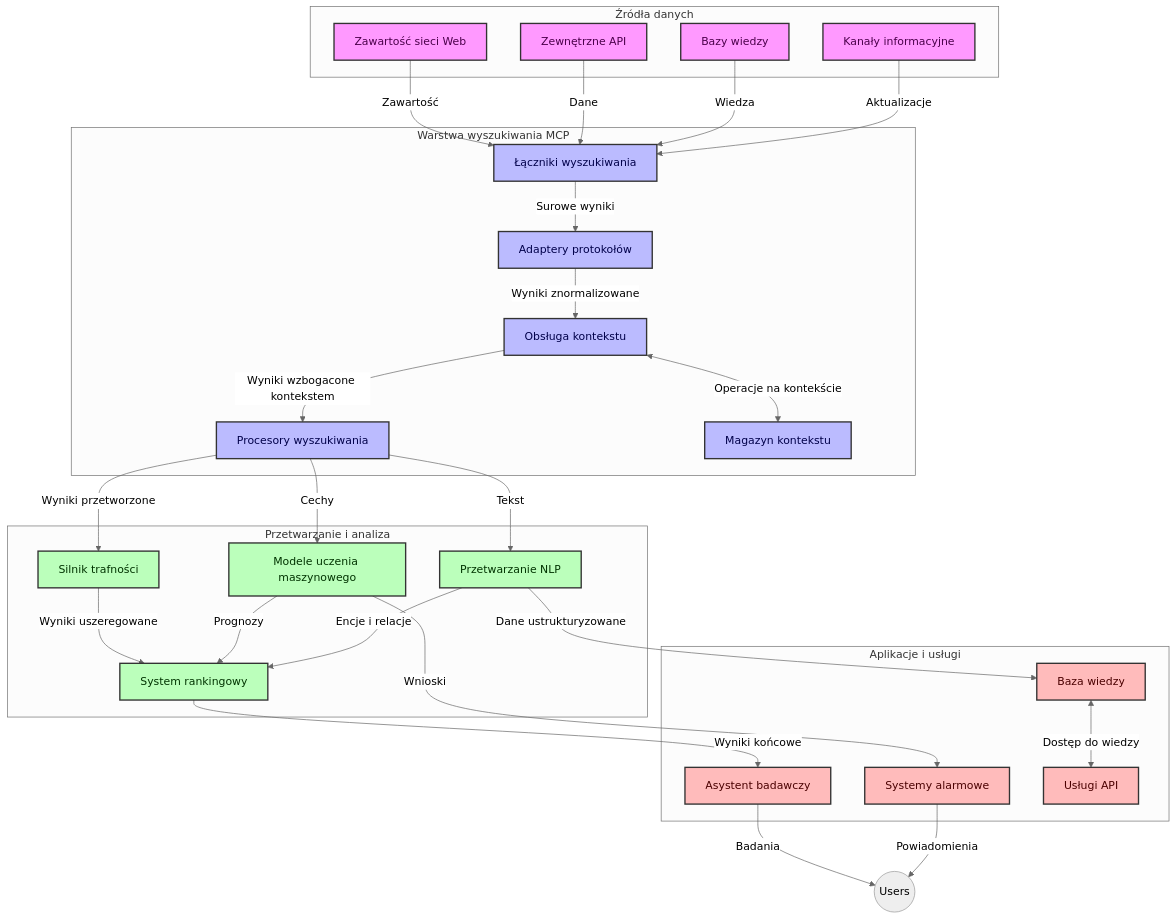
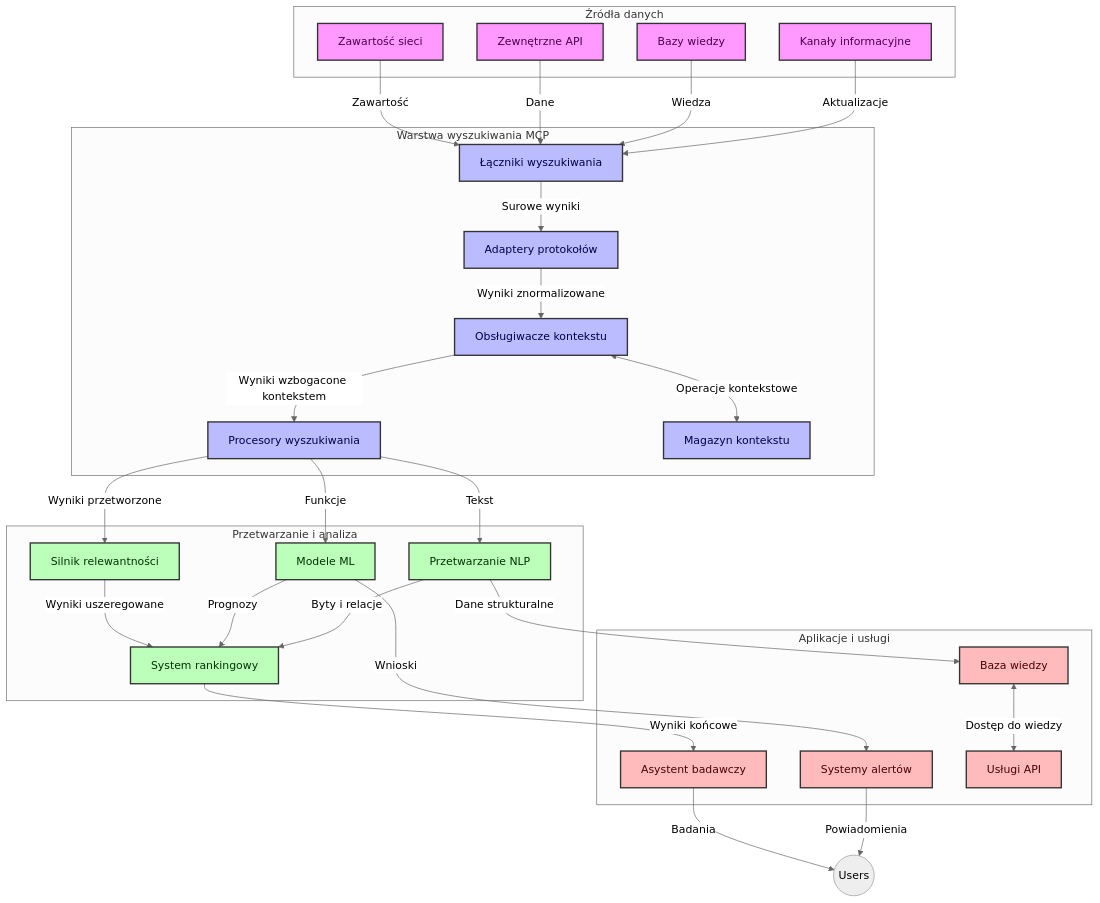
One commit to microsoft/mcp-for-beginners changed the first of 4 diagrams in translations/pl/05-AdvancedTopics/mcp-realtimesearch/README.md. Above: the diagram before and after it, drawn with Mermaid (neutral theme). The commit also changed other lines of this file and 134 other files, not shown here.

````diff
--- a/translations/pl/05-AdvancedTopics/mcp-realtimesearch/README.md
+++ b/translations/pl/05-AdvancedTopics/mcp-realtimesearch/README.md
@@ -109,66 +109,66 @@
 ```mermaid
 graph TD
     subgraph "Źródła danych"
-        Web[Zawartość sieci Web]
+        Web[Zawartość sieci]
         APIs[Zewnętrzne API]
         DB[Bazy wiedzy]
         News[Kanały informacyjne]
     end
 
     subgraph "Warstwa wyszukiwania MCP"
         SC[Łączniki wyszukiwania]
         PA[Adaptery protokołów]
-        CH[Obsługa kontekstu]
+        CH[Obsługiwacze kontekstu]
         SP[Procesory wyszukiwania]
         CS[Magazyn kontekstu]
     end
 
     subgraph "Przetwarzanie i analiza"
-        RE[Silnik trafności]
-        ML[Modele uczenia maszynowego]
+        RE[Silnik relewantności]
+        ML[Modele ML]
         NLP[Przetwarzanie NLP]
         Rank[System rankingowy]
     end
 
     subgraph "Aplikacje i usługi"
         RA[Asystent badawczy]
-        Alerts[Systemy alarmowe]
+        Alerts[Systemy alertów]
         KB[Baza wiedzy]
         API[Usługi API]
     end
 
     Web -->|Zawartość| SC
     APIs -->|Dane| SC
     DB -->|Wiedza| SC
     News -->|Aktualizacje| SC
     
     SC -->|Surowe wyniki| PA
     PA -->|Wyniki znormalizowane| CH
-    CH <-->|Operacje na kontekście| CS
+    CH <-->|Operacje kontekstowe| CS
     CH -->|Wyniki wzbogacone kontekstem| SP
     SP -->|Wyniki przetworzone| RE
-    SP -->|Cechy| ML
+    SP -->|Funkcje| ML
     SP -->|Tekst| NLP
     
     RE -->|Wyniki uszeregowane| Rank
     ML -->|Prognozy| Rank
-    NLP -->|Encje i relacje| Rank
+    NLP -->|Byty i relacje| Rank
     
     Rank -->|Wyniki końcowe| RA
     ML -->|Wnioski| Alerts
-    NLP -->|Dane ustrukturyzowane| KB
+    NLP -->|Dane strukturalne| KB
     
     RA -->|Badania| Users((Users))
     Alerts -->|Powiadomienia| Users
     KB <-->|Dostęp do wiedzy| API
 
     classDef sources fill:#f9f,stroke:#333,stroke-width:2px,color:#4a004a
     classDef mcp fill:#bbf,stroke:#333,stroke-width:2px,color:#00004a
     classDef processing fill:#bfb,stroke:#333,stroke-width:2px,color:#003300
     classDef apps fill:#fbb,stroke:#333,stroke-width:2px,color:#4a0000
     
     class Web,APIs,DB,News sources
     class SC,PA,CH,SP,CS mcp
     class RE,ML,NLP,Rank processing
     class RA,Alerts,KB,API apps
 ```
````
